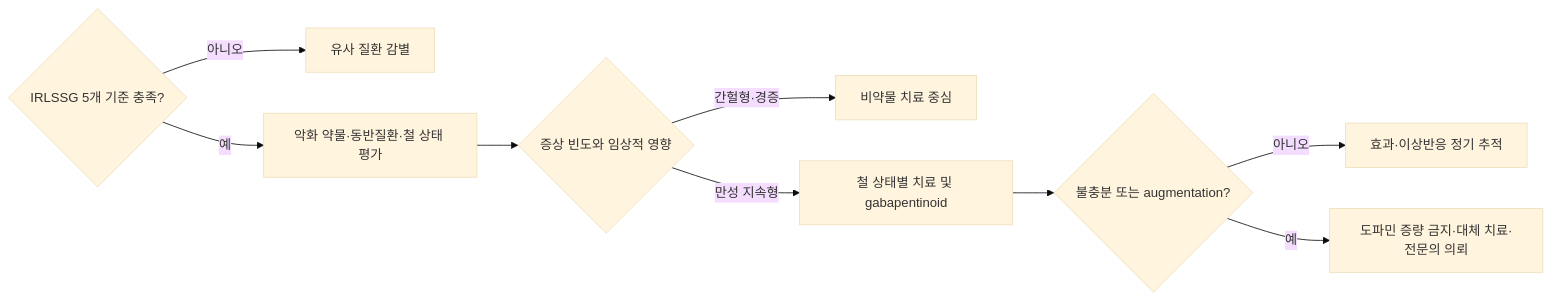
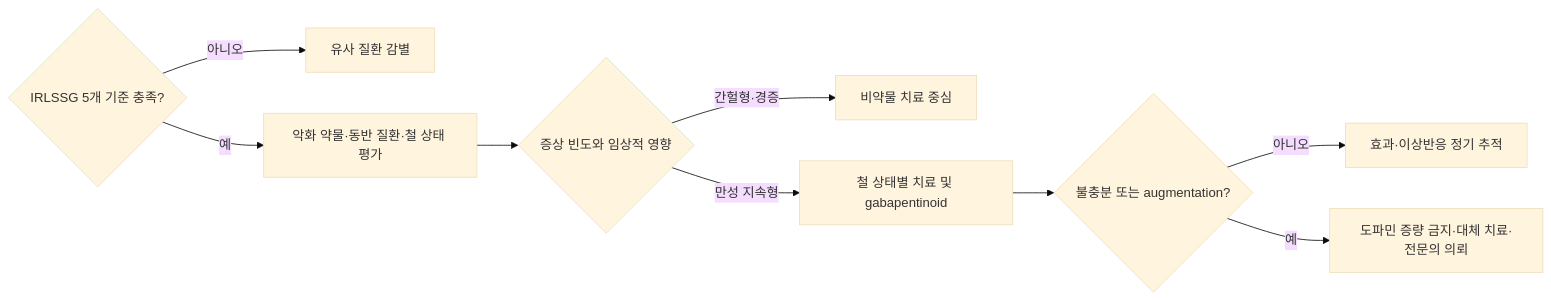
Before and after one commit to familyoh77/familyoh77: the diagram in 221_/036_-restless-legs-syndrome.md, drawn with Mermaid (base theme). The commit also changed other lines of this file and 14 other files, not shown here.

````diff
--- a/221_/036_-restless-legs-syndrome.md
+++ b/221_/036_-restless-legs-syndrome.md
@@ -96,12 +96,12 @@
 ```mermaid
 flowchart LR
     A{"IRLSSG 5개 기준 충족?"}
     A -- 아니오 --> B[유사 질환 감별]
-    A -- 예 --> C[악화 약물·동반질환·철 상태 평가]
+    A -- 예 --> C[악화 약물·동반 질환·철 상태 평가]
     C --> D{"증상 빈도와 임상적 영향"}
     D -- 간헐형·경증 --> E[비약물 치료 중심]
     D -- 만성 지속형 --> F[철 상태별 치료 및 gabapentinoid]
     F --> G{"불충분 또는 augmentation?"}
     G -- 아니오 --> H[효과·이상반응 정기 추적]
     G -- 예 --> I[도파민 증량 금지·대체 치료·전문의 의뢰]
 ```
````
